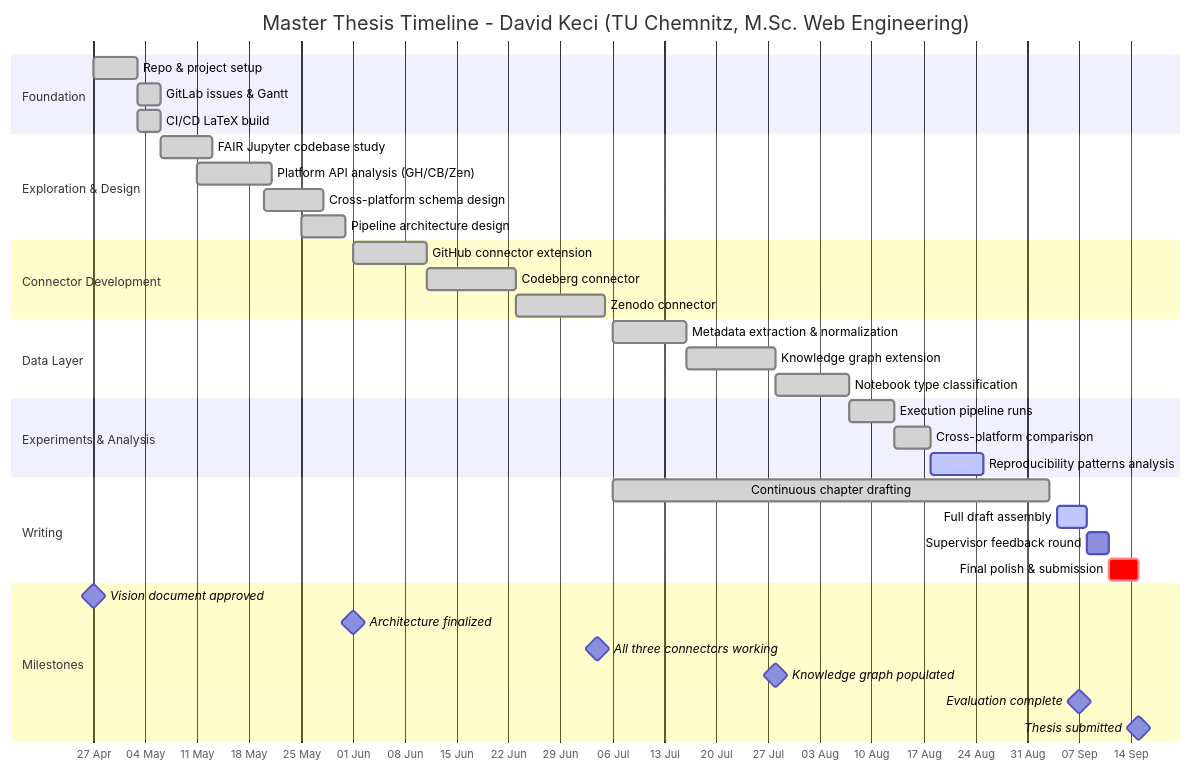
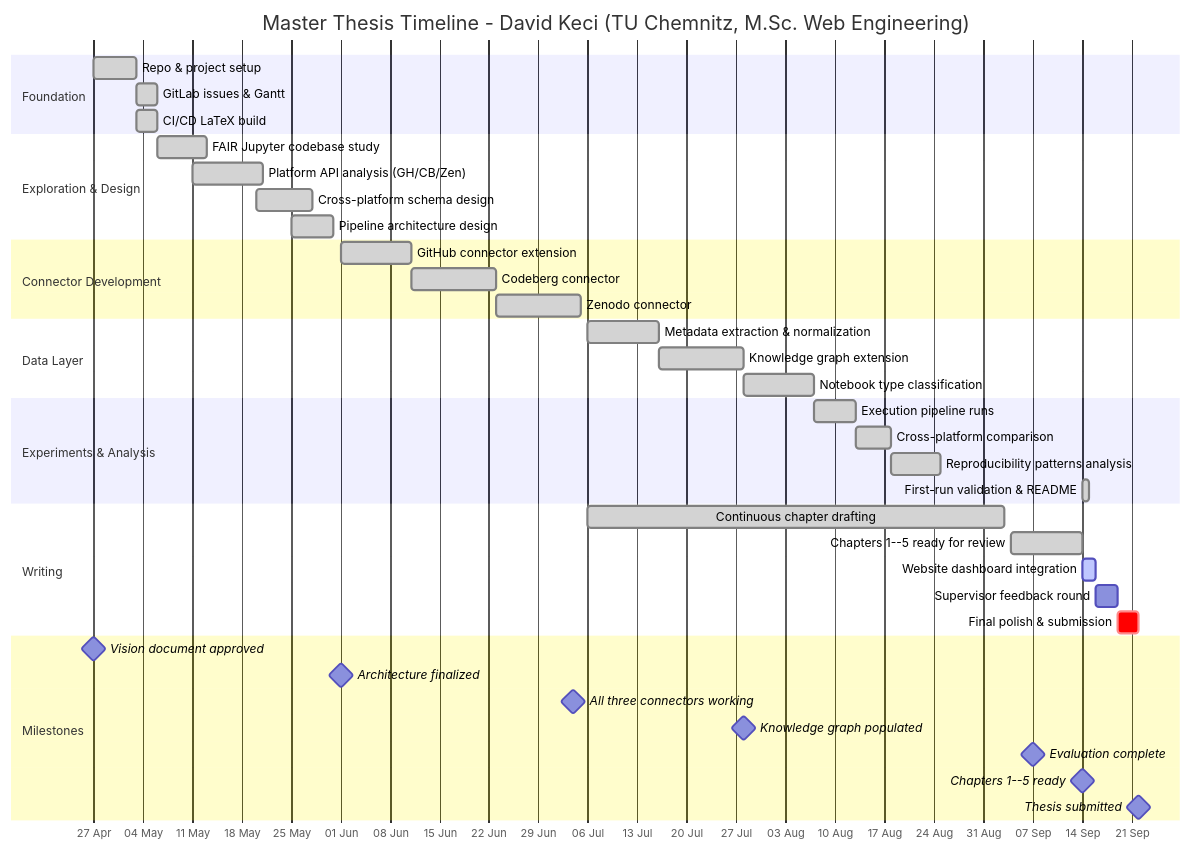
The diagram in gantt.md (Davidi24/jupyter-notebook-reproducibility), drawn with Mermaid before and after one commit. The commit also changed 60 other files, not shown here.

````diff
--- a/gantt.md
+++ b/gantt.md
@@ -1,48 +1,51 @@
 ```mermaid
 gantt
     title Master Thesis Timeline - David Keci (TU Chemnitz, M.Sc. Web Engineering)
     dateFormat YYYY-MM-DD
     axisFormat %d %b
     tickInterval 1week
     weekday monday
 
     section Foundation
     Repo & project setup           :done,   f1, 2026-04-27, 6d
     GitLab issues & Gantt          :done,   f2, 2026-05-03, 3d
     CI/CD LaTeX build              :done,   f3, 2026-05-03, 3d
 
     section Exploration & Design
     FAIR Jupyter codebase study         :done, r1, 2026-05-06, 7d
     Platform API analysis (GH/CB/Zen)   :done, r2, 2026-05-11, 10d
     Cross-platform schema design        :done, r3, 2026-05-20, 8d
     Pipeline architecture design        :done, r4, 2026-05-25, 6d
 
     section Connector Development
     GitHub connector extension          :done, c1, 2026-06-01, 10d
     Codeberg connector                  :done, c2, after c1, 12d
     Zenodo connector                    :done, c3, after c2, 12d
 
     section Data Layer
     Metadata extraction & normalization :done,   d1, 2026-07-06, 10d
     Knowledge graph extension           :done,   d2, after d1, 12d
     Notebook type classification        :done,   d3, after d2, 10d
 
     section Experiments & Analysis
     Execution pipeline runs             :done,   x1, after d3, 6d
     Cross-platform comparison           :done,   x2, after x1, 5d
-    Reproducibility patterns analysis   :active, x3, after x2, 7d
+    Reproducibility patterns analysis   :done,   x3, after x2, 7d
+    First-run validation & README       :done,   x4, 2026-09-14, 1d
 
     section Writing
     Continuous chapter drafting         :done,   w1, 2026-07-06, 2026-09-03
-    Full draft assembly                 :active, w2, 2026-09-04, 4d
-    Supervisor feedback round           :        w3, 2026-09-08, 3d
-    Final polish & submission           :crit,   w4, 2026-09-11, 2026-09-15
+    Chapters 1--5 ready for review      :done,   w2, 2026-09-04, 2026-09-14
+    Website dashboard integration       :active, w3, 2026-09-14, 2d
+    Supervisor feedback round           :        w4, 2026-09-16, 3d
+    Final polish & submission           :crit,   w5, 2026-09-19, 2026-09-22
 
     section Milestones
     Vision document approved            :milestone, m1, 2026-04-27, 0d
     Architecture finalized              :milestone, m2, 2026-06-01, 0d
     All three connectors working        :milestone, m3, 2026-07-04, 0d
     Knowledge graph populated           :milestone, m4, 2026-07-28, 0d
     Evaluation complete                 :milestone, m5, 2026-09-07, 0d
-    Thesis submitted                    :milestone, m6, 2026-09-15, 0d
+    Chapters 1--5 ready                 :milestone, m6, 2026-09-14, 0d
+    Thesis submitted                    :milestone, m7, 2026-09-22, 0d
 ```
````
